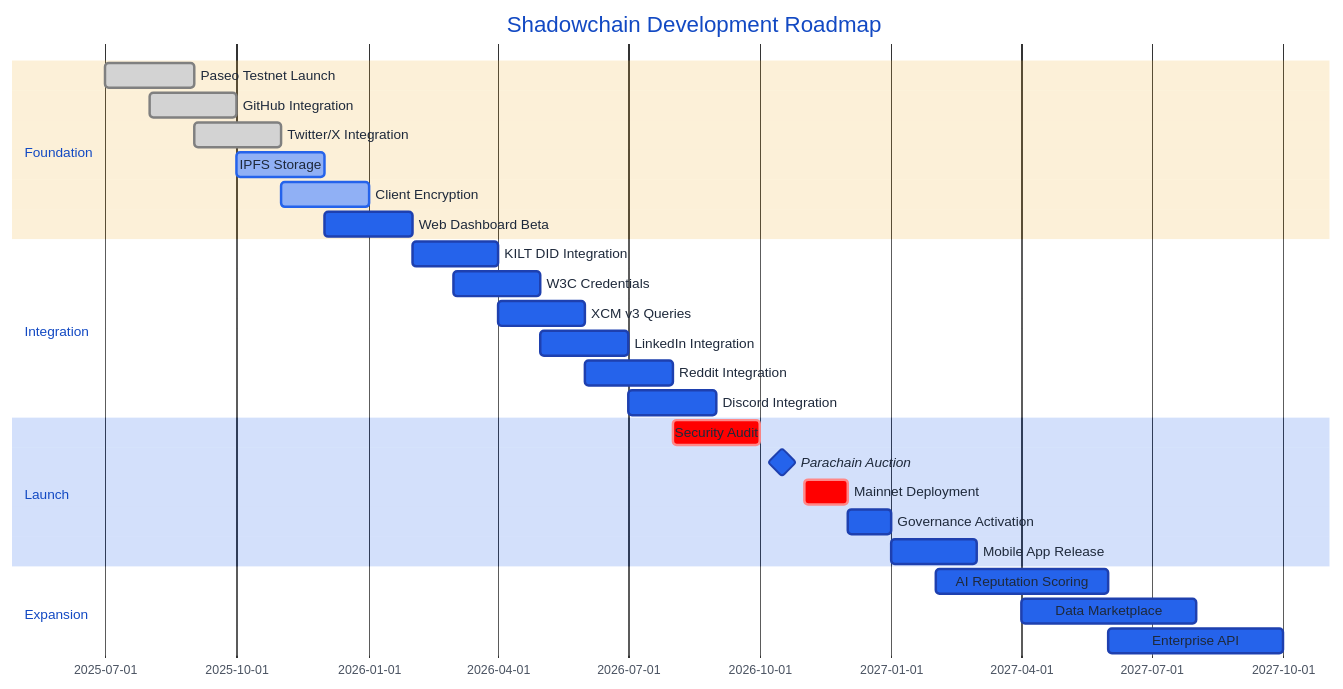
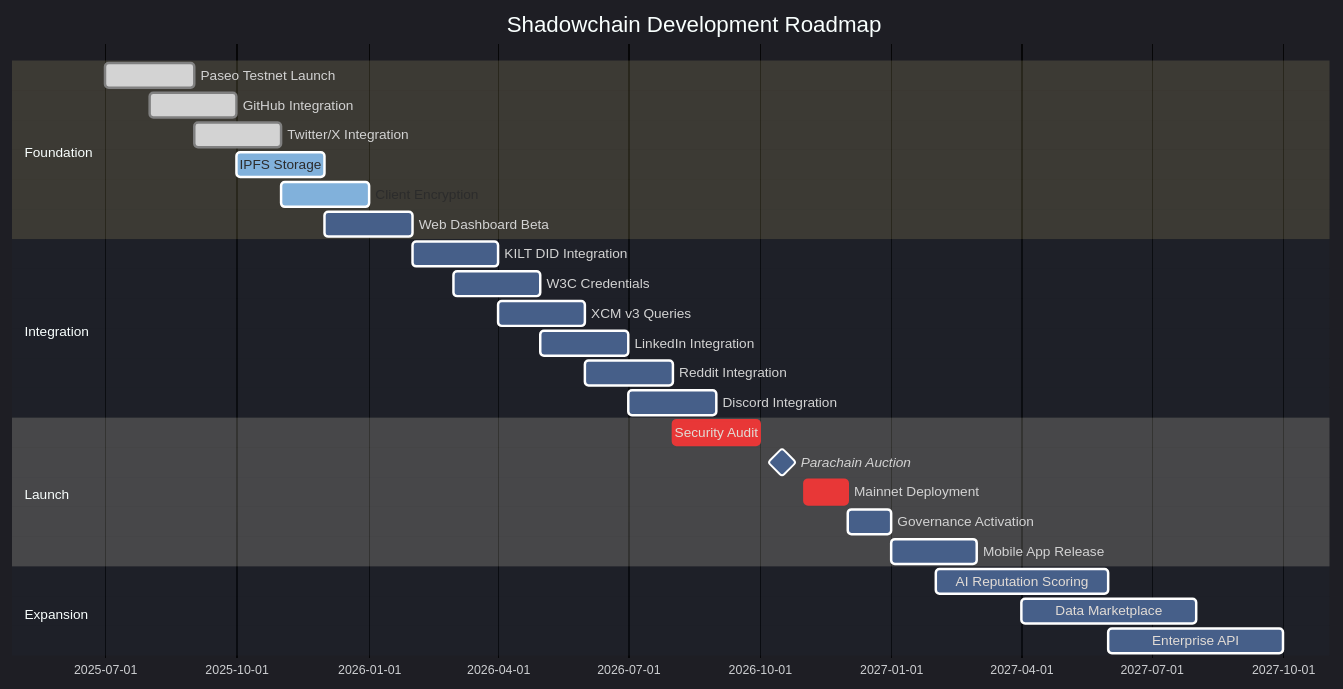
One commit to tufstraka/shadowchain changed the third of 4 diagrams in README.md. Above: the diagram before and after it, drawn with Mermaid. The commit also changed other lines of this file, not shown here.

Commit message:
Switch to dark theme for better contrast in both modes

````diff
--- a/README.md
+++ b/README.md
@@ -322,33 +320,33 @@
 ```mermaid
-%%{init: {'theme':'base', 'themeVariables': { 'primaryColor':'#2563eb','primaryTextColor':'#fff','primaryBorderColor':'#1e40af','crit0':'#dc2626','crit1':'#b91c1c','crit2':'#991b1b','done0':'#16a34a','done1':'#15803d','done2':'#166534','active0':'#0ea5e9','active1':'#0284c7','active2':'#0369a1','grid':'#e2e8f0','textColor':'#1e293b','fontSize':'13px'}}}%%
+%%{init: {'theme':'dark', 'themeVariables': { 'crit0':'#ef4444','crit1':'#dc2626','crit2':'#b91c1c','done0':'#22c55e','done1':'#16a34a','done2':'#15803d','active0':'#06b6d4','active1':'#0891b2','active2':'#0e7490','grid':'#334155','background':'#1e293b','mainBkg':'#1e293b','secondBkg':'#334155','textColor':'#f8fafc','fontSize':'13px','fontFamily':'ui-sans-serif, system-ui, sans-serif'}}}%%
 gantt
     title Shadowchain Development Roadmap
     dateFormat YYYY-MM
     section Foundation
     Paseo Testnet Launch           :done, 2025-07, 2025-09
     GitHub Integration             :done, 2025-08, 2025-10
     Twitter/X Integration          :done, 2025-09, 2025-11
     IPFS Storage                   :active, 2025-10, 2025-12
     Client Encryption              :active, 2025-11, 2026-01
     Web Dashboard Beta             :2025-12, 2026-02
     
     section Integration
     KILT DID Integration           :2026-02, 2026-04
     W3C Credentials                :2026-03, 2026-05
     XCM v3 Queries                 :2026-04, 2026-06
     LinkedIn Integration           :2026-05, 2026-07
     Reddit Integration             :2026-06, 2026-08
     Discord Integration            :2026-07, 2026-09
     
     section Launch
     Security Audit                 :crit, 2026-08, 2026-10
     Parachain Auction              :milestone, 2026-10, 2026-11
     Mainnet Deployment             :crit, 2026-11, 2026-12
     Governance Activation          :2026-12, 2027-01
     Mobile App Release             :2027-01, 2027-03
     
     section Expansion
     AI Reputation Scoring          :2027-02, 2027-06
     Data Marketplace               :2027-04, 2027-08
     Enterprise API                 :2027-06, 2027-10
 ```
````
